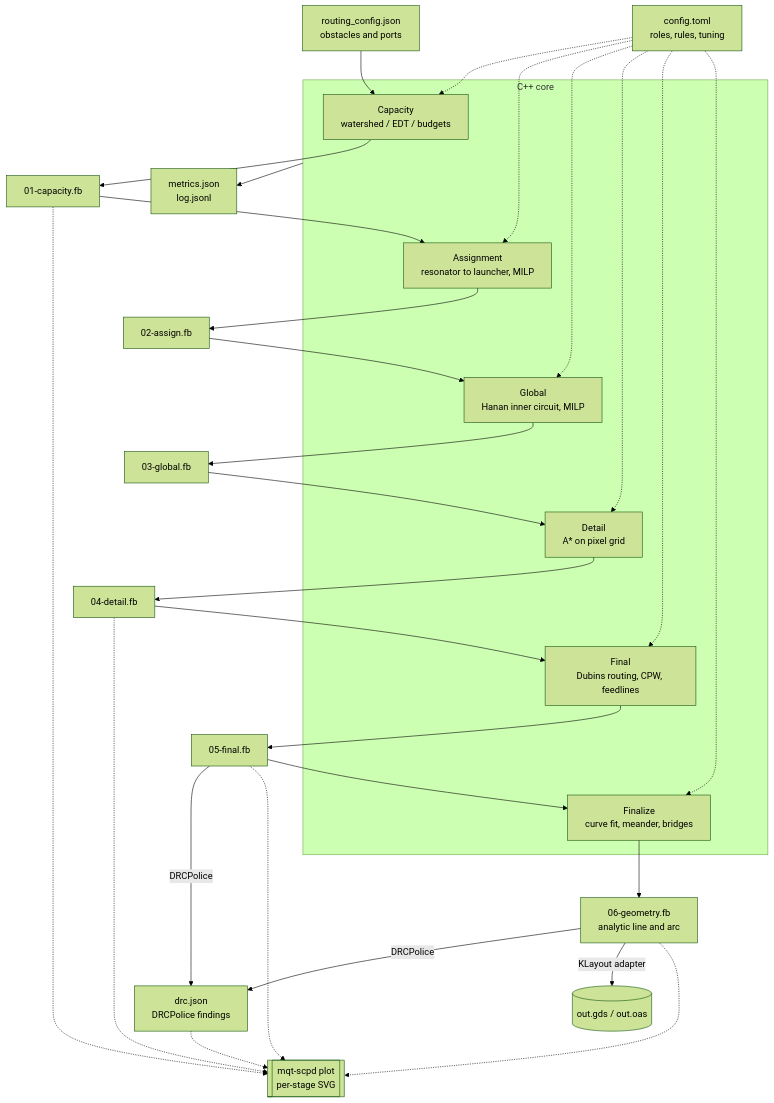
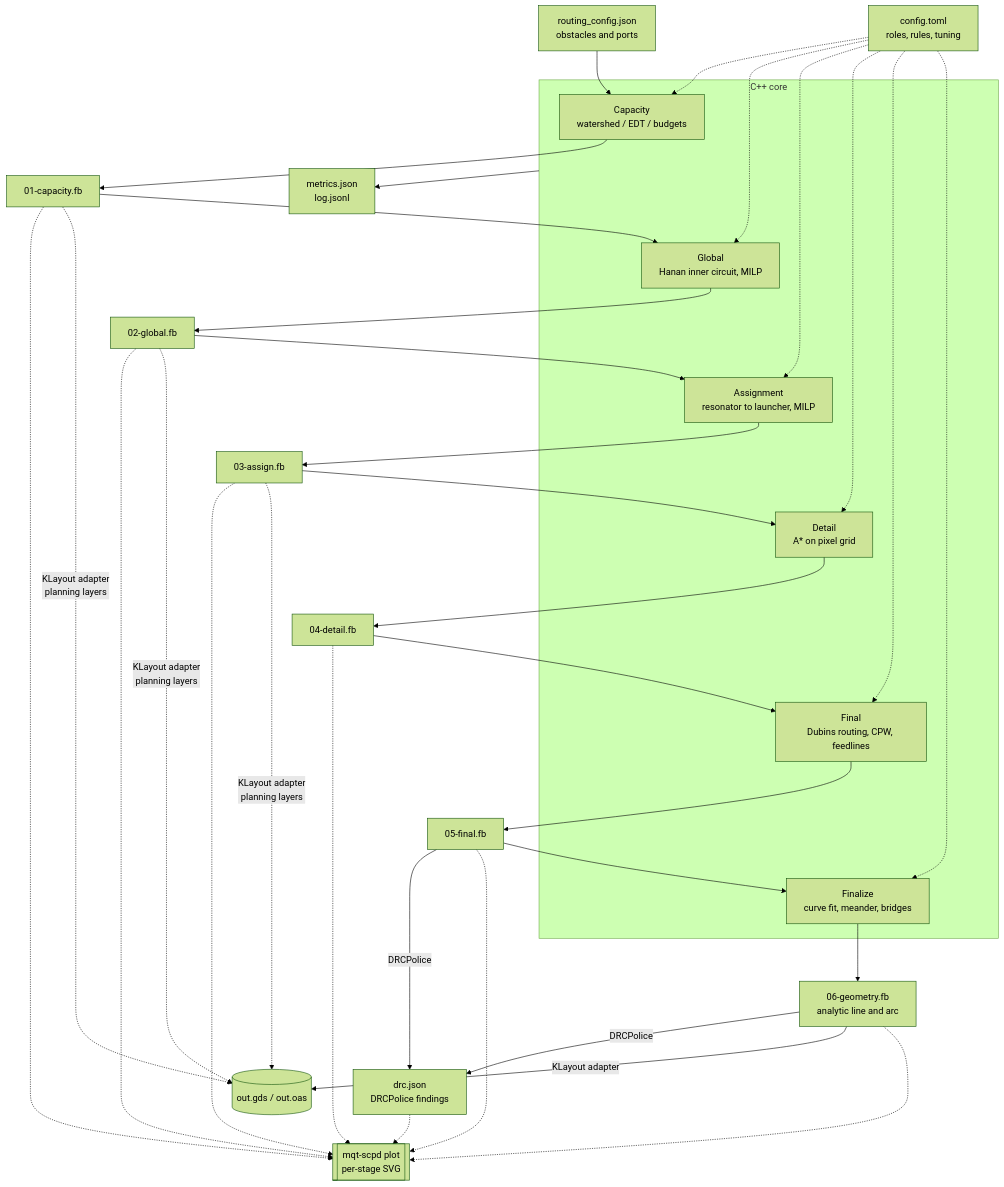
One commit to munich-quantum-toolkit/scpd changed the second of 5 diagrams in ARCHITECTURE.md. Above: the diagram before and after it, drawn with Mermaid (forest theme). The commit also changed other lines of this file and 235 other files, not shown here.

````diff
--- a/ARCHITECTURE.md
+++ b/ARCHITECTURE.md
@@ -70,34 +70,35 @@
 ```mermaid
 flowchart TD
   chip[routing_config.json<br/>obstacles and ports]
   cfg[config.toml<br/>roles, rules, tuning]
 
   subgraph core["C++ core"]
     cap[Capacity<br/>watershed / EDT / budgets]
+    glb[Global<br/>Hanan inner circuit, MILP]
     asg[Assignment<br/>resonator to launcher, MILP]
-    glb[Global<br/>Hanan inner circuit, MILP]
     det[Detail<br/>A* on pixel grid]
     fin[Final<br/>Dubins routing, CPW, feedlines]
     geo[Finalize<br/>curve fit, meander, bridges]
   end
 
   a1[01-capacity.fb]
-  a2[02-assign.fb]
-  a3[03-global.fb]
+  a2[02-global.fb]
+  a3[03-assign.fb]
   a4[04-detail.fb]
   a5[05-final.fb]
   a6[06-geometry.fb<br/>analytic line and arc]
   met[metrics.json<br/>log.jsonl]
   drc[drc.json<br/>DRCPolice findings]
   gds[(out.gds / out.oas)]
 
   svg[["mqt-scpd plot<br/>per-stage SVG"]]
 
-  chip --> cap --> a1 --> asg --> a2 --> glb --> a3 --> det --> a4 --> fin --> a5 --> geo --> a6
-  cfg -.-> cap & asg & glb & det & fin & geo
+  chip --> cap --> a1 --> glb --> a2 --> asg --> a3 --> det --> a4 --> fin --> a5 --> geo --> a6
+  cfg -.-> cap & glb & asg & det & fin & geo
   core --> met
   a5 & a6 -->|DRCPolice| drc
   a6 -->|KLayout adapter| gds
-  a1 & a4 & a5 & a6 -.-> svg
+  a1 & a2 & a3 & a4 & a5 & a6 -.-> svg
+  a1 & a2 & a3 -.->|KLayout adapter<br/>planning layers| gds
   drc -.-> svg
 ```
````
